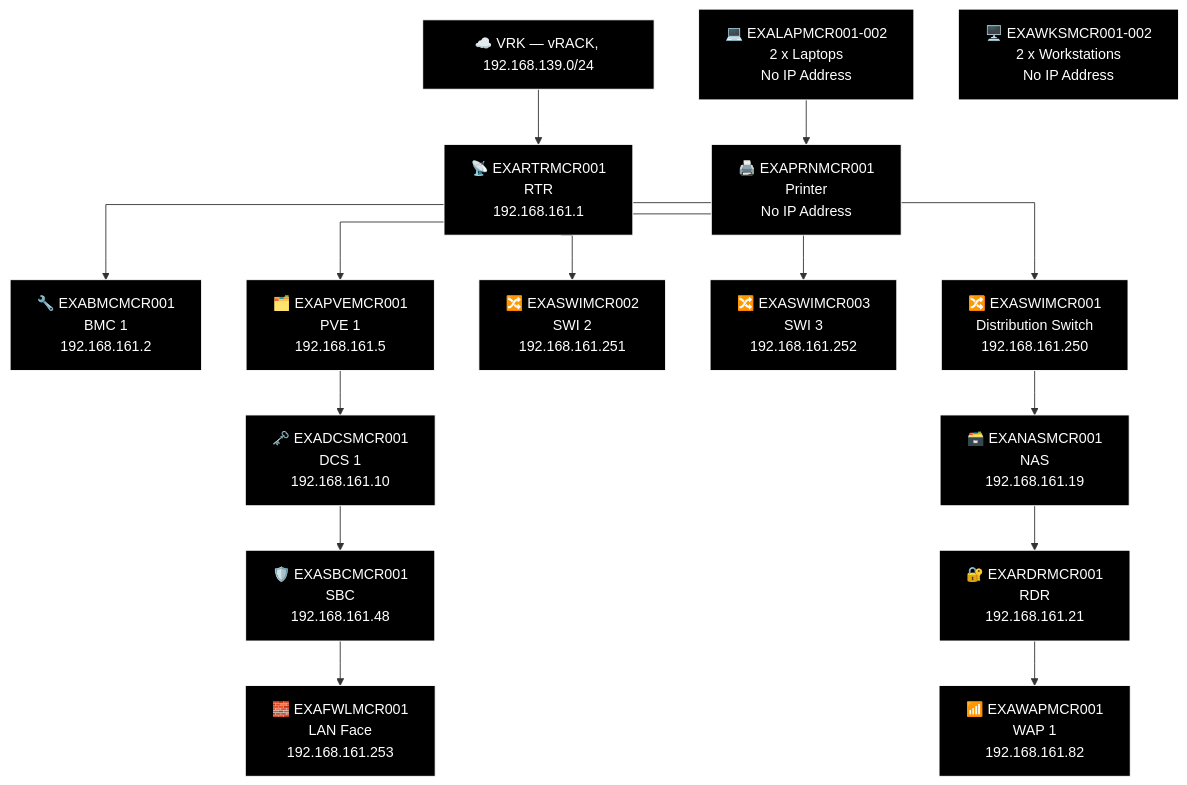
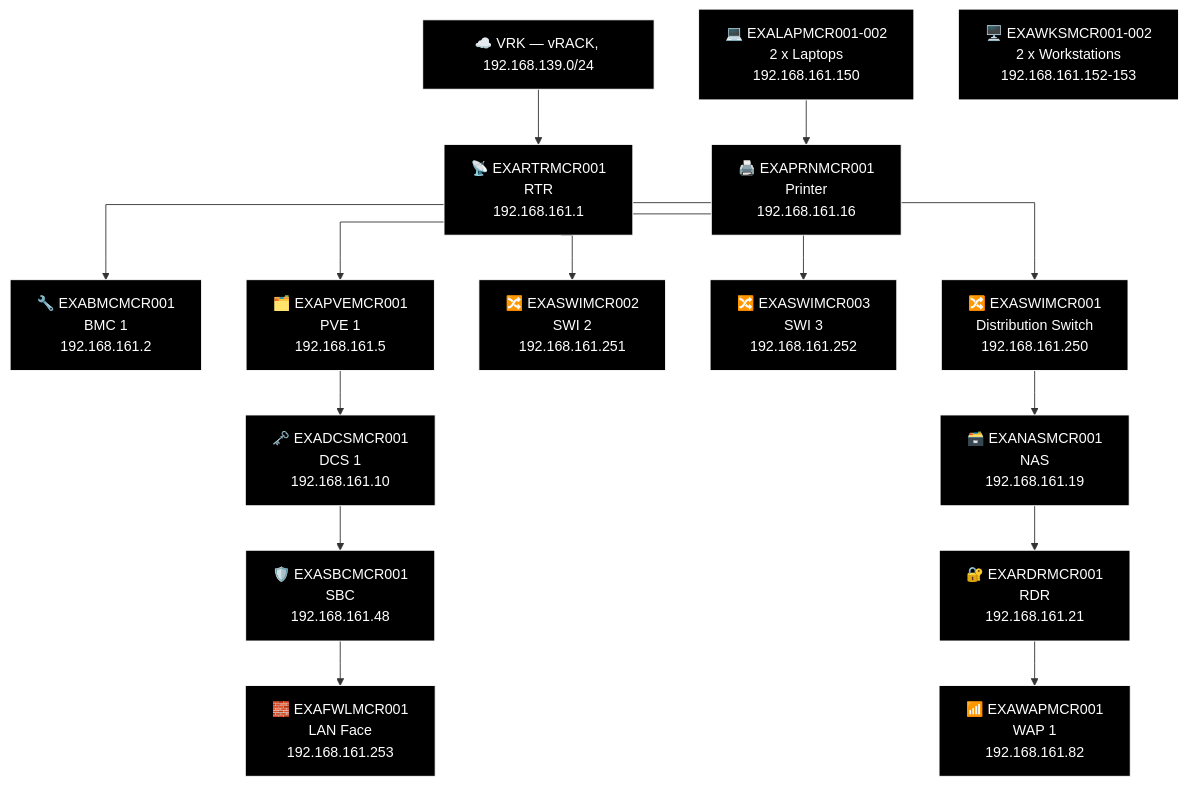
Before and after one commit to knightmare2600/example_music_infra: the ninth of 27 diagrams in docs/network-diagram/england.md, drawn with Mermaid. The commit also changed other lines of this file and 11 other files, not shown here.

````diff
--- a/docs/network-diagram/england.md
+++ b/docs/network-diagram/england.md
@@ -451,47 +451,47 @@
 ```mermaid
 %% GENERATED:TOPOLOGY:MCR:START
 %%{init: {'flowchart': {'curve': 'stepAfter'}}}%%
 graph TD
     T_VRK["☁️ VRK — vRACK, 192.168.139.0/24"]
     T_RTR["📡 EXARTRMCR001<br/>RTR<br/>192.168.161.1"]
     T_VRK --> T_RTR
     T_BMC["🔧 EXABMCMCR001<br/>BMC 1<br/>192.168.161.2"]
     T_RTR --> T_BMC
     T_PVE["🗂️ EXAPVEMCR001<br/>PVE 1<br/>192.168.161.5"]
     T_RTR --> T_PVE
     T_SWI["🔀 EXASWIMCR002<br/>SWI 2<br/>192.168.161.251"]
     T_RTR --> T_SWI
     T_SWI2["🔀 EXASWIMCR003<br/>SWI 3<br/>192.168.161.252"]
     T_RTR --> T_SWI2
     T_SWI3["🔀 EXASWIMCR001<br/>Distribution Switch<br/>192.168.161.250"]
     T_RTR --> T_SWI3
     T_NAS["🗃️ EXANASMCR001<br/>NAS<br/>192.168.161.19"]
     T_RDR["🔐 EXARDRMCR001<br/>RDR<br/>192.168.161.21"]
     T_WAP["📶 EXAWAPMCR001<br/>WAP 1<br/>192.168.161.82"]
     T_SWI3 --> T_NAS --> T_RDR --> T_WAP
     T_DCS["🗝️ EXADCSMCR001<br/>DCS 1<br/>192.168.161.10"]
     T_SBC["🛡️ EXASBCMCR001<br/>SBC<br/>192.168.161.48"]
     T_FWL["🧱 EXAFWLMCR001<br/>LAN Face<br/>192.168.161.253"]
     T_PVE --> T_DCS --> T_SBC --> T_FWL
-    T_OTH_LAP["💻 EXALAPMCR001-002<br/>2 x Laptops<br/>No IP Address"]
-    T_OTH_WKS["🖥️ EXAWKSMCR001-002<br/>2 x Workstations<br/>No IP Address"]
-    T_PRN["🖨️ EXAPRNMCR001<br/>Printer<br/>No IP Address"]
+    T_OTH_LAP["💻 EXALAPMCR001-002<br/>2 x Laptops<br/>192.168.161.150"]
+    T_OTH_WKS["🖥️ EXAWKSMCR001-002<br/>2 x Workstations<br/>192.168.161.152-153"]
+    T_PRN["🖨️ EXAPRNMCR001<br/>Printer<br/>192.168.161.16"]
     T_OTH_LAP --> T_PRN
     style T_VRK fill:#000000,stroke:#FFFFFF,color:#FFFFFF
     style T_RTR fill:#000000,stroke:#FFFFFF,color:#FFFFFF
     style T_BMC fill:#000000,stroke:#FFFFFF,color:#FFFFFF
     style T_PVE fill:#000000,stroke:#FFFFFF,color:#FFFFFF
     style T_SWI fill:#000000,stroke:#FFFFFF,color:#FFFFFF
     style T_SWI2 fill:#000000,stroke:#FFFFFF,color:#FFFFFF
     style T_SWI3 fill:#000000,stroke:#FFFFFF,color:#FFFFFF
     style T_NAS fill:#000000,stroke:#FFFFFF,color:#FFFFFF
     style T_RDR fill:#000000,stroke:#FFFFFF,color:#FFFFFF
     style T_WAP fill:#000000,stroke:#FFFFFF,color:#FFFFFF
     style T_DCS fill:#000000,stroke:#FFFFFF,color:#FFFFFF
     style T_SBC fill:#000000,stroke:#FFFFFF,color:#FFFFFF
     style T_FWL fill:#000000,stroke:#FFFFFF,color:#FFFFFF
     style T_OTH_LAP fill:#000000,stroke:#FFFFFF,color:#FFFFFF
     style T_OTH_WKS fill:#000000,stroke:#FFFFFF,color:#FFFFFF
     style T_PRN fill:#000000,stroke:#FFFFFF,color:#FFFFFF
 %% GENERATED:TOPOLOGY:MCR:END
 ```
````
